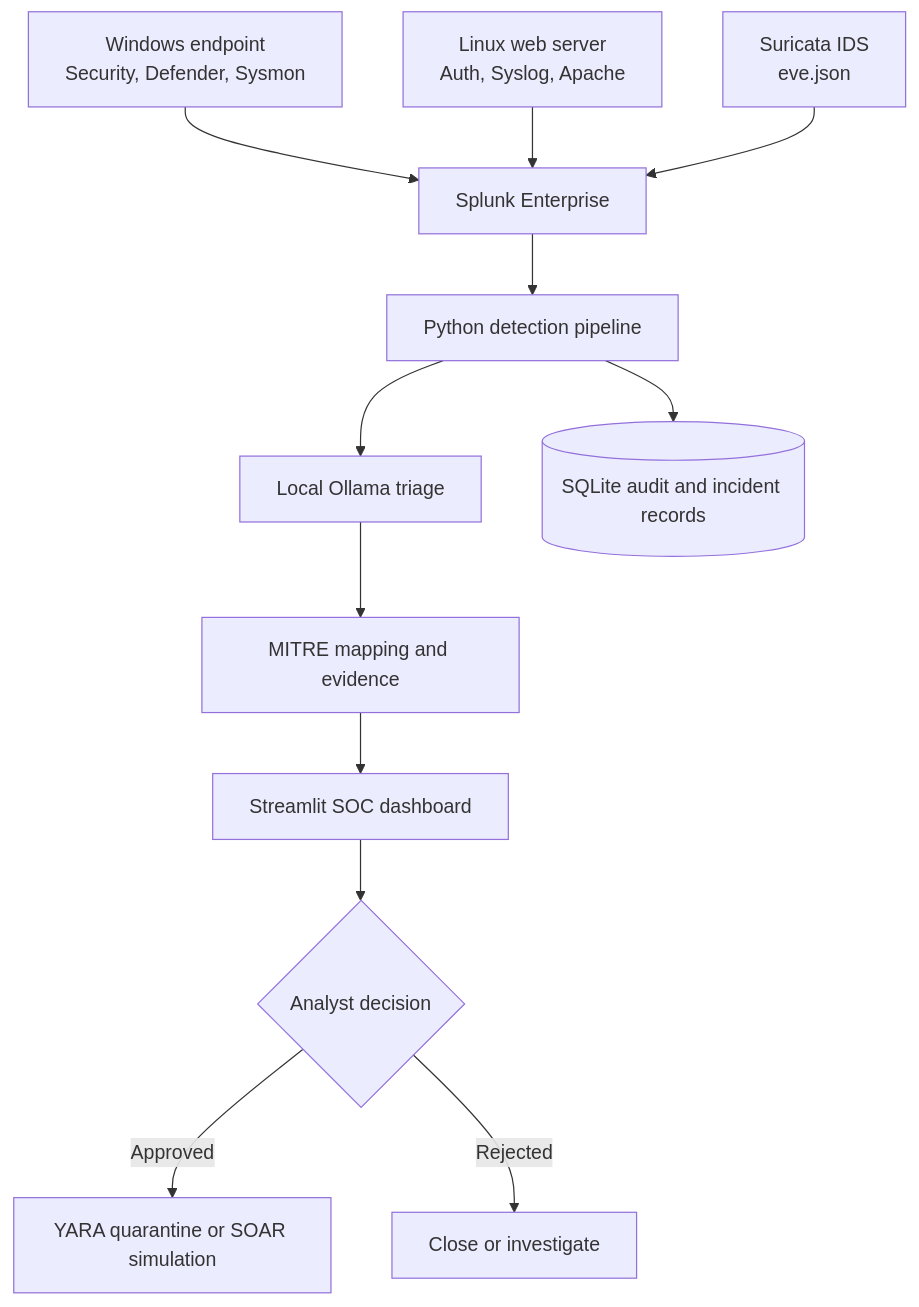
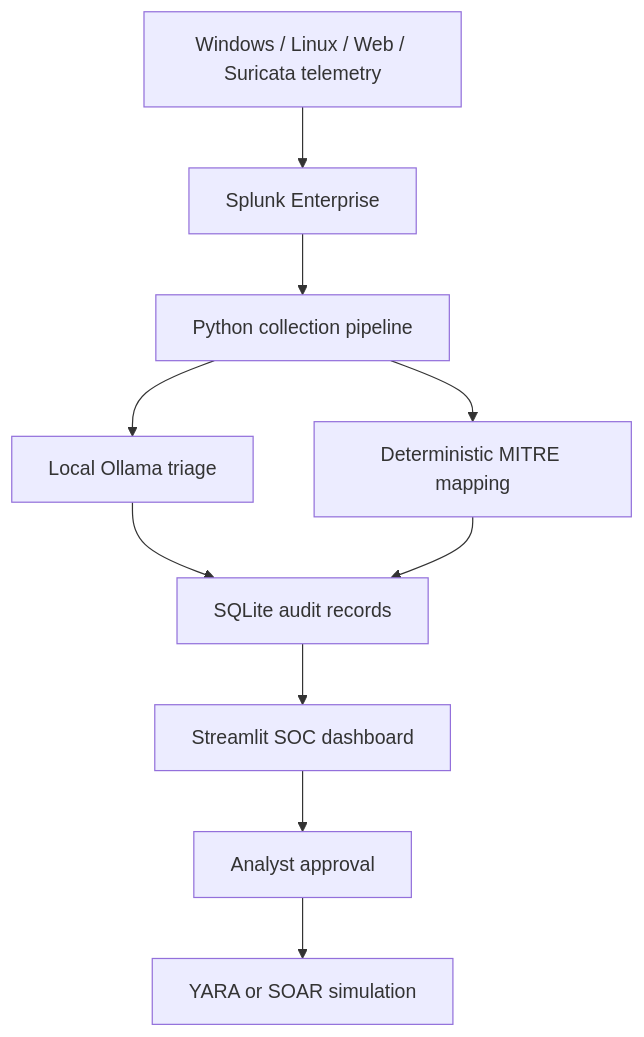
One commit to Parakh-Shinde/AI-Augmented-SOC-Triage-Platform changed the diagram in README.md. Above: the diagram before and after it, drawn with Mermaid. The commit also changed other lines of this file, not shown here.

Commit message:
Polish README for AI SOC engineering review

````diff
--- a/README.md
+++ b/README.md
@@ -36,14 +30,12 @@
 ```mermaid
 flowchart TD
-    A[Windows endpoint<br/>Security, Defender, Sysmon] --> S[Splunk Enterprise]
-    B[Linux web server<br/>Auth, Syslog, Apache] --> S
-    C[Suricata IDS<br/>eve.json] --> S
-    S --> D[Python detection pipeline]
-    D --> O[Local Ollama triage]
-    O --> M[MITRE mapping and evidence]
-    M --> U[Streamlit SOC dashboard]
-    U --> H{Analyst decision}
-    H -->|Approved| R[YARA quarantine or SOAR simulation]
-    H -->|Rejected| X[Close or investigate]
-    D --> Q[(SQLite audit and incident records)]
+    W["Windows / Linux / Web / Suricata telemetry"] --> S["Splunk Enterprise"]
+    S --> P["Python collection pipeline"]
+    P --> A["Local Ollama triage"]
+    P --> M["Deterministic MITRE mapping"]
+    A --> Q["SQLite audit records"]
+    M --> Q
+    Q --> D["Streamlit SOC dashboard"]
+    D --> H["Analyst approval"]
+    H --> R["YARA or SOAR simulation"]
 ```
````
